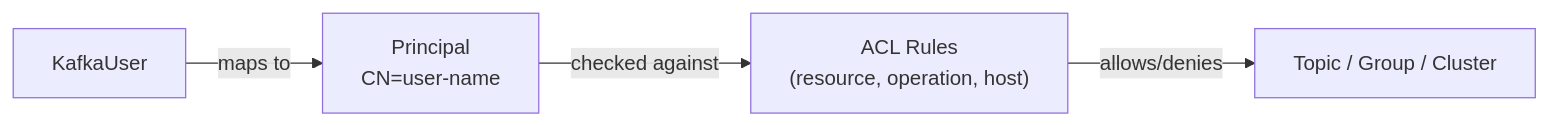
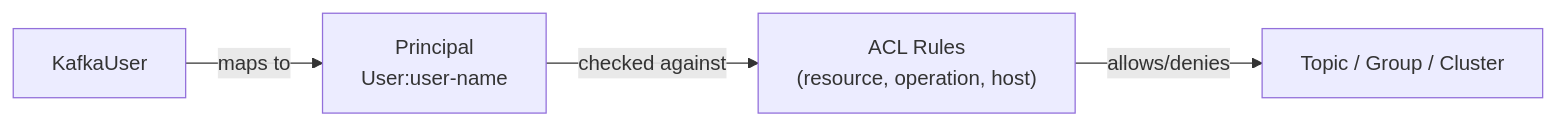
The third of 6 diagrams in docs/book/17-security.md (actions-marketplace-validations/bmscomp_kates), drawn with Mermaid before and after one commit. The commit also changed other lines of this file and 23 other files, not shown here.

````diff
--- a/docs/book/17-security.md
+++ b/docs/book/17-security.md
@@ -173,6 +173,6 @@
 ```mermaid
 graph LR
-    User[KafkaUser] -->|"maps to"| Principal["Principal<br/>CN=user-name"]
+    User[KafkaUser] -->|"maps to"| Principal["Principal<br/>User:user-name"]
     Principal -->|"checked against"| ACL["ACL Rules<br/>(resource, operation, host)"]
     ACL -->|"allows/denies"| Resource["Topic / Group / Cluster"]
 ```
````
